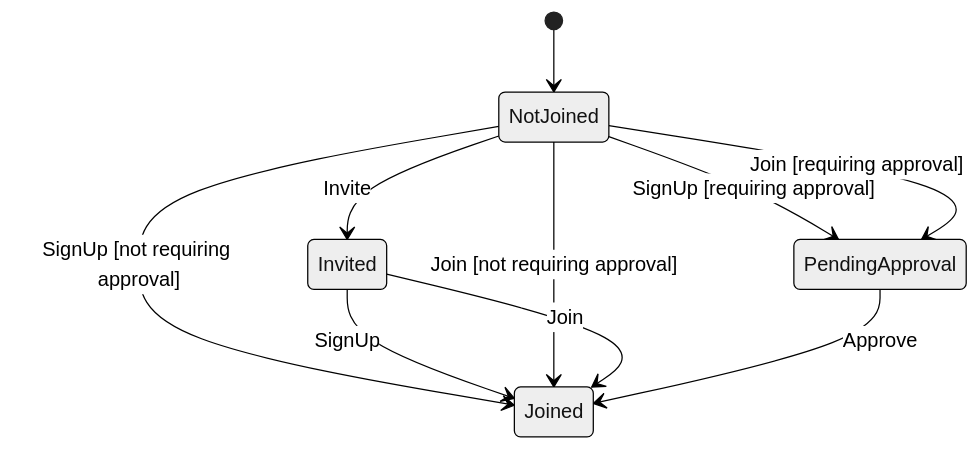
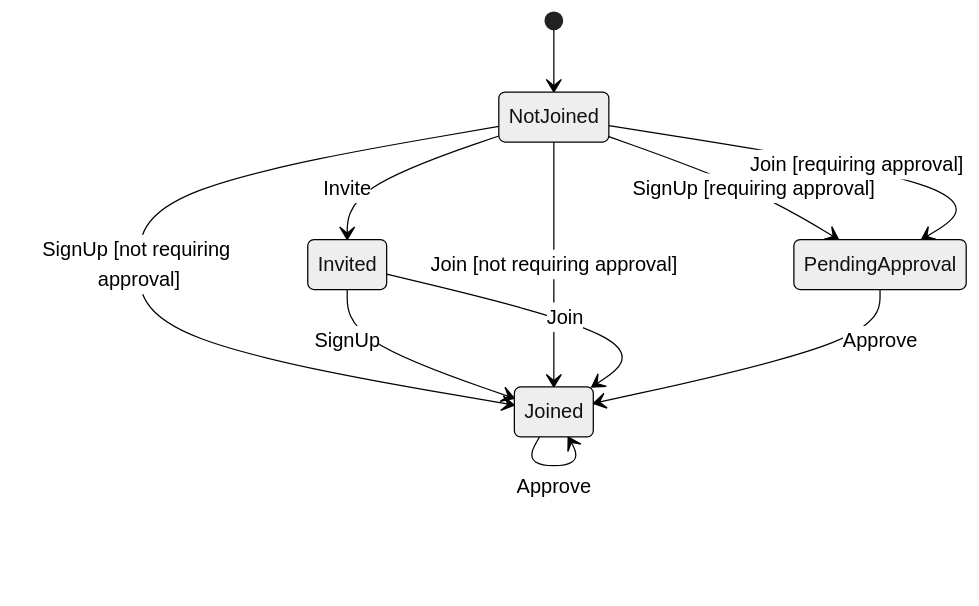
Before and after one commit to kurthamilton/ODK: the diagram in docs/workflows/chapter-membership.md, drawn with Mermaid (neutral theme). The commit also changed other lines of this file and 57 other files, not shown here.

````diff
--- a/docs/workflows/chapter-membership.md
+++ b/docs/workflows/chapter-membership.md
@@ -5,12 +5,13 @@
 ```mermaid
 stateDiagram-v2
     [*] --> NotJoined
     NotJoined --> Invited: Invite
     NotJoined --> PendingApproval: SignUp [requiring approval]
     NotJoined --> Joined: SignUp [not requiring approval]
     Invited --> Joined: SignUp
     NotJoined --> PendingApproval: Join [requiring approval]
     NotJoined --> Joined: Join [not requiring approval]
     Invited --> Joined: Join
     PendingApproval --> Joined: Approve
+    Joined --> Joined: Approve
 ```
````
